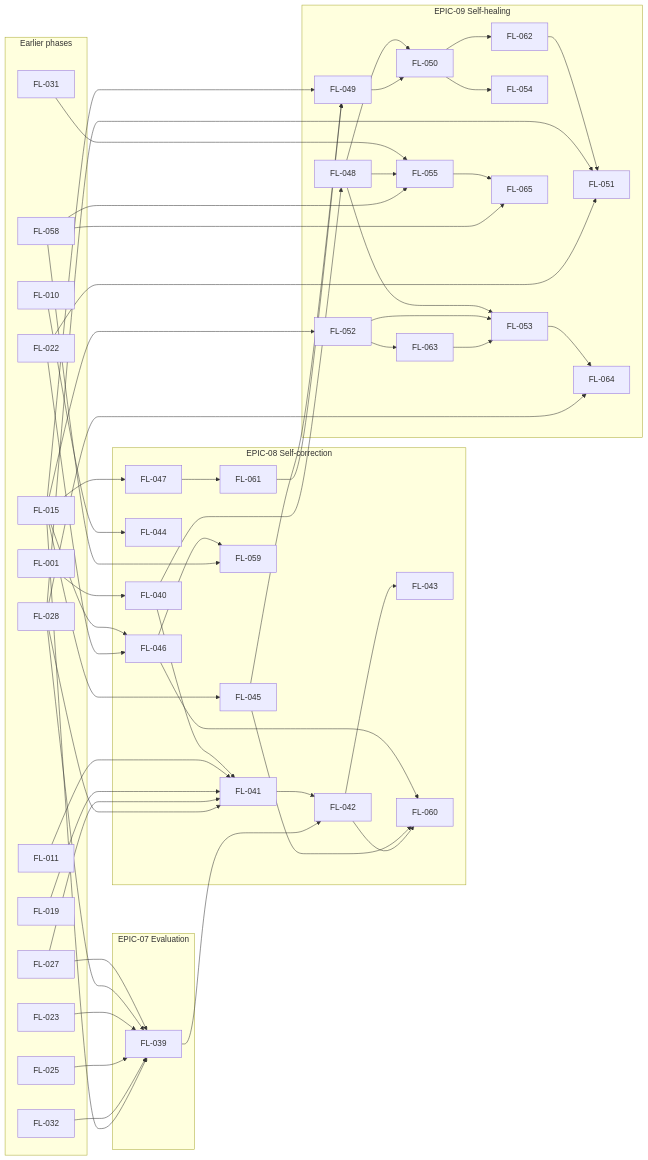
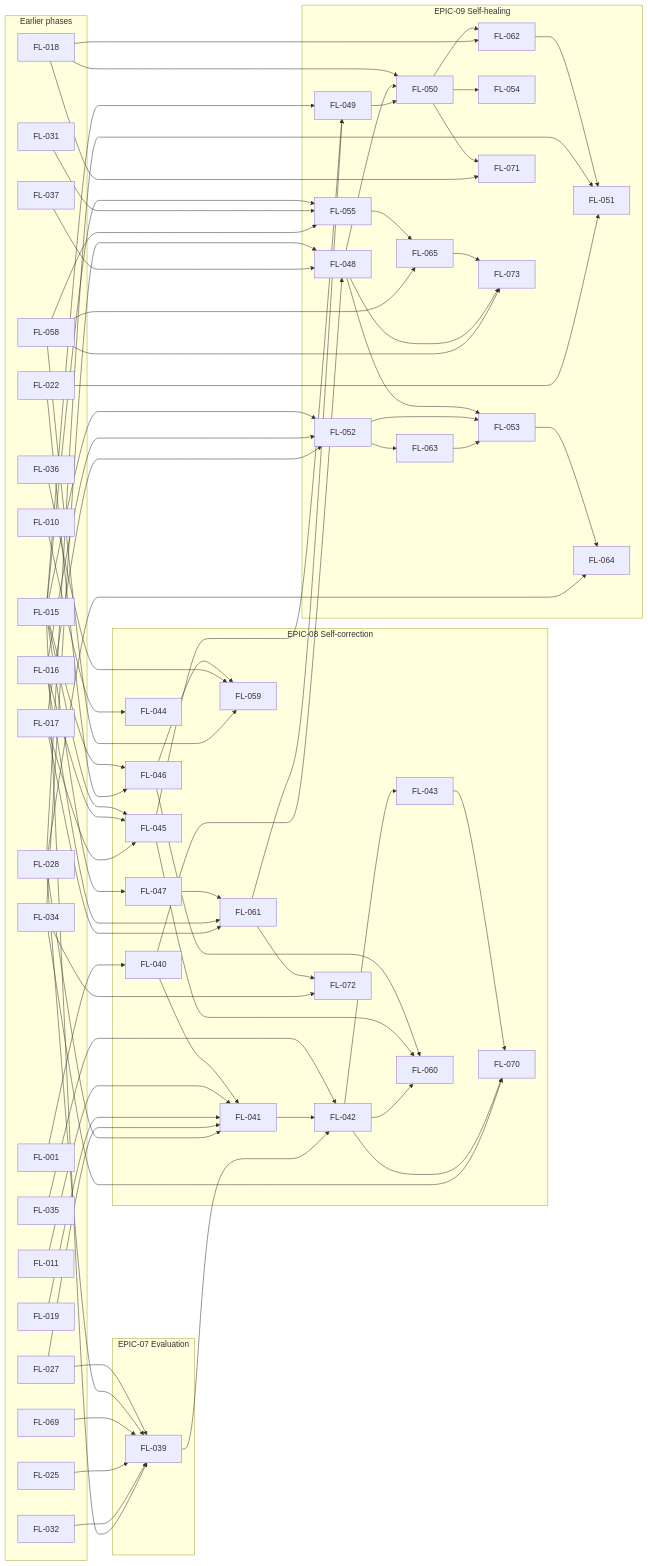
One commit to Enriquez-Johnmark/factloom changed the second of 2 diagrams in docs/roadmap/ROADMAP.md. Above: the diagram before and after it, drawn with Mermaid. The commit also changed other lines of this file, not shown here.

Commit message:
docs: regenerate roadmap index for 73 work items

````diff
--- a/docs/roadmap/ROADMAP.md
+++ b/docs/roadmap/ROADMAP.md
@@ -296,6 +323,8 @@
     FL059["FL-059"]
     FL060["FL-060"]
     FL061["FL-061"]
+    FL070["FL-070"]
+    FL072["FL-072"]
   end
   subgraph EPIC09["EPIC-09 Self-healing"]
     FL048["FL-048"]
@@ -310,25 +339,34 @@
     FL063["FL-063"]
     FL064["FL-064"]
     FL065["FL-065"]
+    FL071["FL-071"]
+    FL073["FL-073"]
   end
   subgraph EARLIER["Earlier phases"]
     FL001["FL-001"]
     FL010["FL-010"]
     FL011["FL-011"]
     FL015["FL-015"]
+    FL016["FL-016"]
+    FL017["FL-017"]
+    FL018["FL-018"]
     FL019["FL-019"]
     FL022["FL-022"]
-    FL023["FL-023"]
     FL025["FL-025"]
     FL027["FL-027"]
     FL028["FL-028"]
     FL031["FL-031"]
     FL032["FL-032"]
+    FL034["FL-034"]
+    FL035["FL-035"]
+    FL036["FL-036"]
+    FL037["FL-037"]
     FL058["FL-058"]
+    FL069["FL-069"]
   end
   FL027 --> FL039
   FL028 --> FL039
-  FL023 --> FL039
+  FL069 --> FL039
   FL025 --> FL039
   FL032 --> FL039
   FL015 --> FL039
@@ -338,41 +376,63 @@
   FL019 --> FL041
   FL027 --> FL041
   FL028 --> FL041
+  FL035 --> FL042
   FL041 --> FL042
   FL039 --> FL042
   FL042 --> FL043
   FL010 --> FL044
   FL015 --> FL045
+  FL016 --> FL045
+  FL017 --> FL045
   FL015 --> FL046
   FL022 --> FL046
   FL015 --> FL047
   FL040 --> FL048
+  FL034 --> FL048
+  FL037 --> FL048
   FL015 --> FL049
   FL045 --> FL049
   FL061 --> FL049
+  FL018 --> FL050
   FL048 --> FL050
   FL049 --> FL050
   FL062 --> FL051
   FL028 --> FL051
   FL022 --> FL051
   FL015 --> FL052
+  FL016 --> FL052
+  FL017 --> FL052
   FL048 --> FL053
   FL052 --> FL053
   FL063 --> FL053
   FL050 --> FL054
+  FL015 --> FL055
   FL031 --> FL055
-  FL048 --> FL055
   FL058 --> FL055
   FL046 --> FL059
+  FL036 --> FL059
   FL058 --> FL059
   FL046 --> FL060
   FL045 --> FL060
   FL042 --> FL060
   FL047 --> FL061
+  FL016 --> FL061
+  FL017 --> FL061
   FL050 --> FL062
+  FL018 --> FL062
   FL052 --> FL063
   FL053 --> FL064
   FL028 --> FL064
   FL055 --> FL065
   FL058 --> FL065
+  FL043 --> FL070
+  FL042 --> FL070
+  FL034 --> FL070
+  FL050 --> FL071
+  FL018 --> FL071
+  FL061 --> FL072
+  FL034 --> FL072
+  FL065 --> FL073
+  FL048 --> FL073
+  FL058 --> FL073
 ```
````
